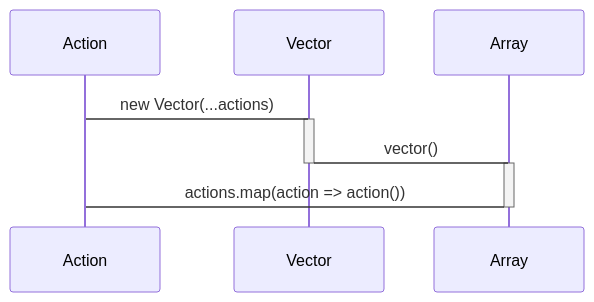
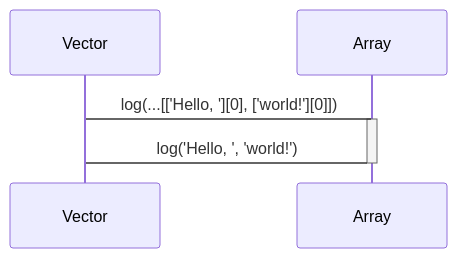
Before and after one commit to domrally/peekeasy: the fourth of 6 diagrams in README.md, drawn with Mermaid. The commit also changed other lines of this file and 40 other files, not shown here.

````diff
--- a/README.md
+++ b/README.md
@@ -106,10 +125,7 @@
 ```mermaid
 sequenceDiagram
-    Action->Vector: new Vector(...actions)
-    activate Vector
-    Vector->Array: vector()
-    deactivate Vector
+    Vector->Array: log(...[['Hello, '][0], ['world!'][0]])
     activate Array
-    Array->Action: actions.map(action => action())
+    Array->Vector: log('Hello, ', 'world!')
     deactivate Array
 ```
````
